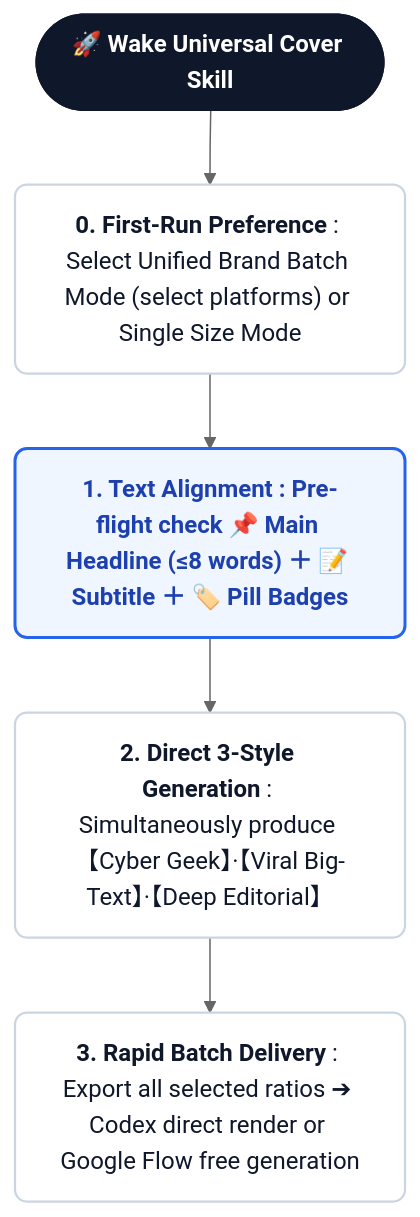
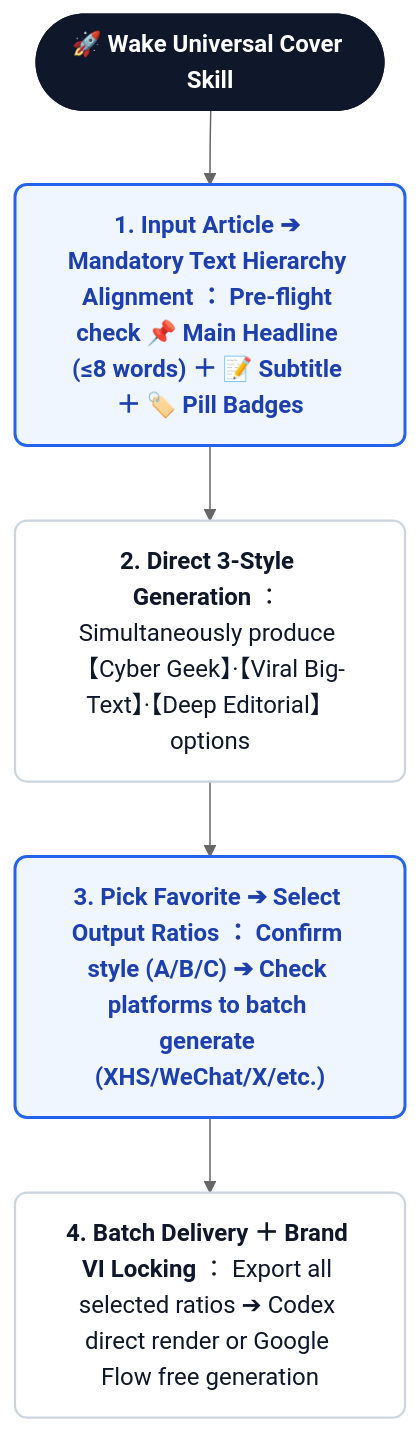
Before and after one commit to kaomei/cover-studio: the first of 2 diagrams in README.en.md, drawn with Mermaid (neutral theme). The commit also changed other lines of this file and 7 other files, not shown here.

Commit message:
fix(flow): adjust interaction pipeline to naturally present 3 styles first, then select platforms for multi-ratio batch export

````diff
--- a/README.en.md
+++ b/README.en.md
@@ -60,13 +59,13 @@
 ```mermaid
 flowchart TD
     classDef default fill:#ffffff,stroke:#e2e8f0,stroke-width:1.5px,color:#1e293b,rx:8px,ry:8px;
     classDef startNode fill:#0f172a,stroke:#0f172a,stroke-width:2px,color:#ffffff,font-weight:bold,rx:20px,ry:20px;
     classDef stepNode fill:#ffffff,stroke:#cbd5e1,stroke-width:1.5px,color:#0f172a,rx:8px,ry:8px;
     classDef highlightNode fill:#eff6ff,stroke:#2563eb,stroke-width:2px,color:#1e40af,font-weight:bold,rx:8px,ry:8px;
 
     A0(["🚀 Wake Universal Cover Skill"]):::startNode
-    --> A1["<b>0. First-Run Preference</b> : Select Unified Brand Batch Mode (select platforms) or Single Size Mode"]:::stepNode
-    --> A2["<b>1. Text Alignment</b> : Pre-flight check 📌 Main Headline (≤8 words) ＋ 📝 Subtitle ＋ 🏷️ Pill Badges"]:::highlightNode
-    --> A3["<b>2. Direct 3-Style Generation</b> : Simultaneously produce 【Cyber Geek】·【Viral Big-Text】·【Deep Editorial】"]:::stepNode
-    --> A4["<b>3. Rapid Batch Delivery</b> : Export all selected ratios ➔ Codex direct render or Google Flow free generation"]:::stepNode
+    --> A1["<b>1. Input Article ➔ Mandatory Text Hierarchy Alignment</b> ： Pre-flight check 📌 Main Headline (≤8 words) ＋ 📝 Subtitle ＋ 🏷️ Pill Badges"]:::highlightNode
+    --> A2["<b>2. Direct 3-Style Generation</b> ： Simultaneously produce 【Cyber Geek】·【Viral Big-Text】·【Deep Editorial】options"]:::stepNode
+    --> A3["<b>3. Pick Favorite ➔ Select Output Ratios</b> ： Confirm style (A/B/C) ➔ Check platforms to batch generate (XHS/WeChat/X/etc.)"]:::highlightNode
+    --> A4["<b>4. Batch Delivery ＋ Brand VI Locking</b> ： Export all selected ratios ➔ Codex direct render or Google Flow free generation"]:::stepNode
 ```
````
